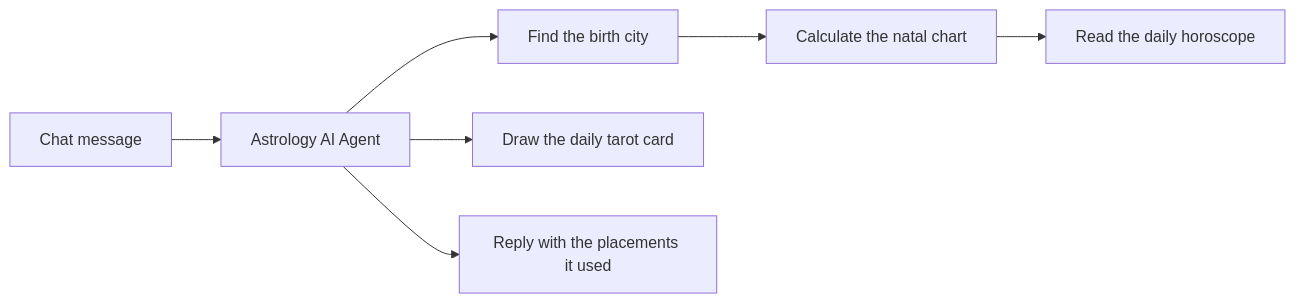
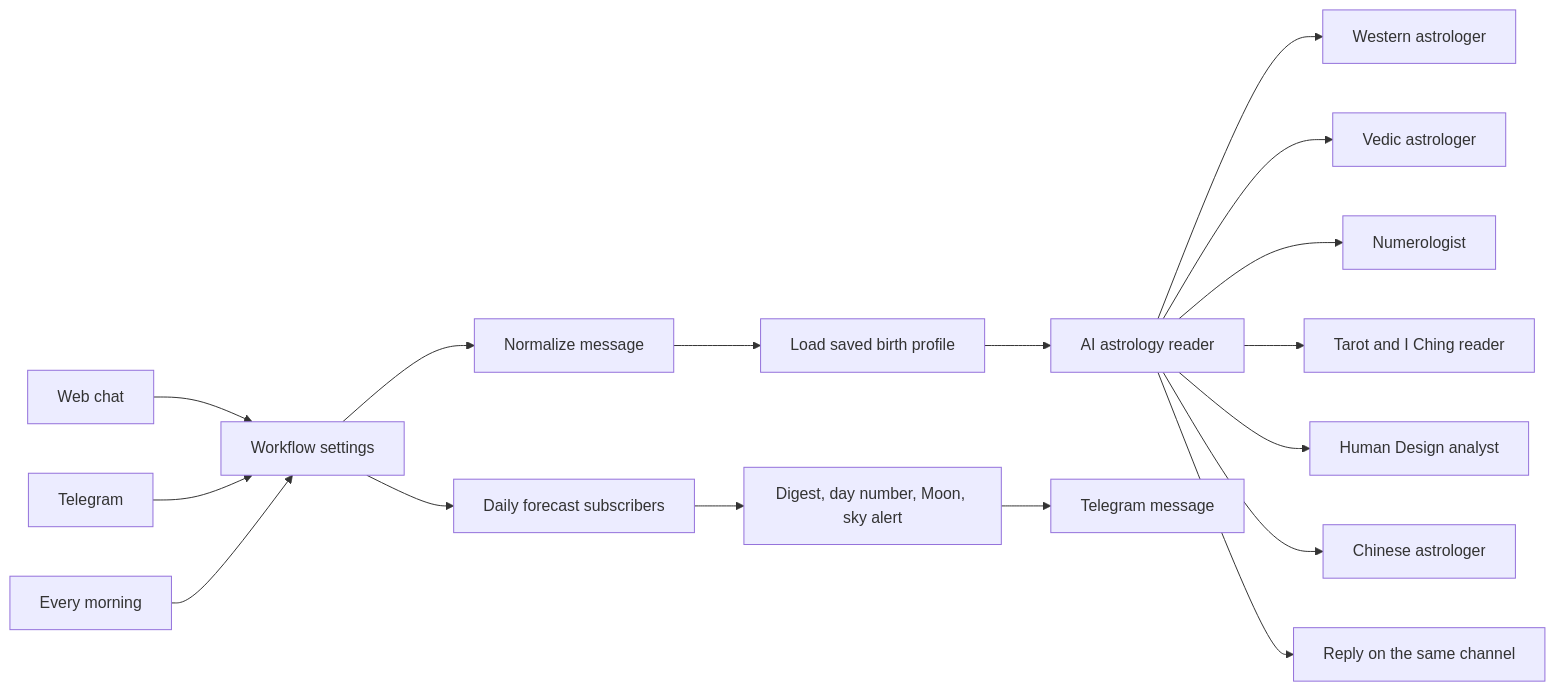
The diagram in README.md (RoxyAPI/n8n-ai-astrology-chatbot), drawn with Mermaid before and after one commit. The commit also changed other lines of this file and 7 other files, not shown here.

````diff
--- a/README.md
+++ b/README.md
@@ -20,9 +25,15 @@
 ```mermaid
 flowchart LR
-  A[Chat message] --> B[Astrology AI Agent]
-  B --> C[Find the birth city]
-  C --> D[Calculate the natal chart]
-  D --> E[Read the daily horoscope]
-  B --> F[Draw the daily tarot card]
-  B --> G[Reply with the placements it used]
+  A[Web chat] --> S[Workflow settings]
+  T[Telegram] --> S
+  M[Every morning] --> S
+  S --> N[Normalize message] --> P[Load saved birth profile] --> R[AI astrology reader]
+  R --> W[Western astrologer]
+  R --> V[Vedic astrologer]
+  R --> U[Numerologist]
+  R --> C[Tarot and I Ching reader]
+  R --> H[Human Design analyst]
+  R --> Z[Chinese astrologer]
+  R --> O[Reply on the same channel]
+  S --> D[Daily forecast subscribers] --> F[Digest, day number, Moon, sky alert] --> X[Telegram message]
 ```
````
